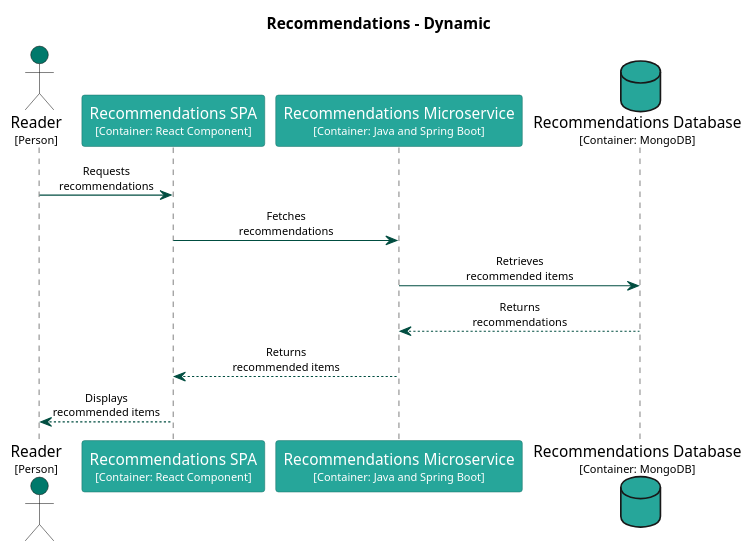
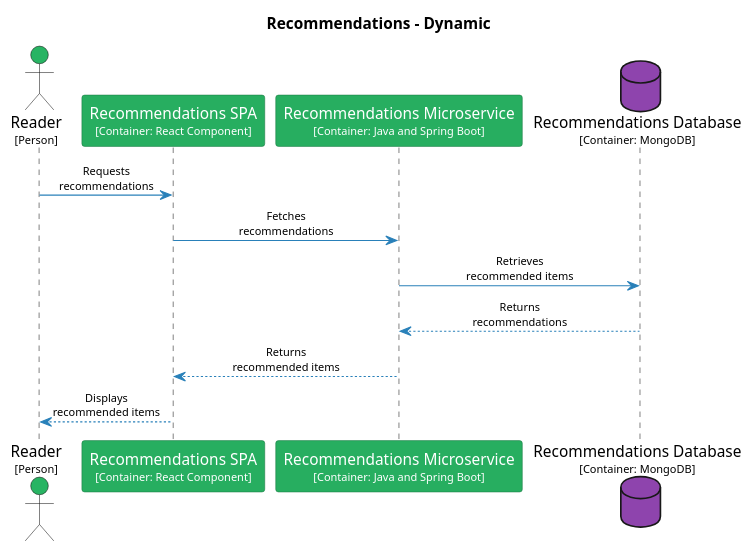
One commit to Goodmorning918/E-Library-Architecture changed the diagram in main/puml/present-recommended-products.puml. Above: the diagram before and after it, drawn with PlantUML. The commit also changed 169 other files, not shown here.

Commit message:
Deploying to gh-pages from @ Goodmorning918/E-Library-Architecture@5575a2e2585bacf25a31136d9ee4edd99183c80b 🚀

```diff
--- a/main/puml/present-recommended-products.puml
+++ b/main/puml/present-recommended-products.puml
@@ -1,49 +1,49 @@
 @startuml
 set separator none
 title Recommendations - Dynamic
 
 skinparam {
   arrowFontSize 10
   defaultTextAlignment center
   wrapWidth 200
   maxMessageSize 100
 }
 
 hide stereotype
 
 skinparam sequenceParticipant<<Reader>> {
-  BackgroundColor #00796b
+  BackgroundColor #28b463
   FontColor #ffffff
-  BorderColor #00544a
+  BorderColor #1c7d45
   shadowing false
 }
 skinparam sequenceParticipant<<Recommendations.RecommendationsDatabase>> {
-  BackgroundColor #26a69a
+  BackgroundColor #8e44ad
   FontColor #ffffff
-  BorderColor #1a746b
+  BorderColor #632f79
   shadowing false
 }
 skinparam sequenceParticipant<<Recommendations.RecommendationsMicroservice>> {
-  BackgroundColor #26a69a
+  BackgroundColor #27ae60
   FontColor #ffffff
-  BorderColor #1a746b
+  BorderColor #1b7943
   shadowing false
 }
 skinparam sequenceParticipant<<Recommendations.RecommendationsSPA>> {
-  BackgroundColor #26a69a
+  BackgroundColor #27ae60
   FontColor #ffffff
-  BorderColor #1a746b
+  BorderColor #1b7943
   shadowing false
 }
 
-actor "Reader\n<size:10>[Person]</size>" as Reader <<Reader>> #00796b
-participant "Recommendations SPA\n<size:10>[Container: React Component]</size>" as Recommendations.RecommendationsSPA <<Recommendations.RecommendationsSPA>> #26a69a
-participant "Recommendations Microservice\n<size:10>[Container: Java and Spring Boot]</size>" as Recommendations.RecommendationsMicroservice <<Recommendations.RecommendationsMicroservice>> #26a69a
-database "Recommendations Database\n<size:10>[Container: MongoDB]</size>" as Recommendations.RecommendationsDatabase <<Recommendations.RecommendationsDatabase>> #26a69a
-Reader -[#004d40]> Recommendations.RecommendationsSPA : Requests recommendations
-Recommendations.RecommendationsSPA -[#004d40]> Recommendations.RecommendationsMicroservice : Fetches recommendations
-Recommendations.RecommendationsMicroservice -[#004d40]> Recommendations.RecommendationsDatabase : Retrieves recommended items
-Recommendations.RecommendationsMicroservice <-[#004d40]- Recommendations.RecommendationsDatabase : Returns recommendations
-Recommendations.RecommendationsSPA <-[#004d40]- Recommendations.RecommendationsMicroservice : Returns recommended items
-Reader <-[#004d40]- Recommendations.RecommendationsSPA : Displays recommended items
+actor "Reader\n<size:10>[Person]</size>" as Reader <<Reader>> #28b463
+participant "Recommendations SPA\n<size:10>[Container: React Component]</size>" as Recommendations.RecommendationsSPA <<Recommendations.RecommendationsSPA>> #27ae60
+participant "Recommendations Microservice\n<size:10>[Container: Java and Spring Boot]</size>" as Recommendations.RecommendationsMicroservice <<Recommendations.RecommendationsMicroservice>> #27ae60
+database "Recommendations Database\n<size:10>[Container: MongoDB]</size>" as Recommendations.RecommendationsDatabase <<Recommendations.RecommendationsDatabase>> #8e44ad
+Reader -[#2980b9]> Recommendations.RecommendationsSPA : Requests recommendations
+Recommendations.RecommendationsSPA -[#2980b9]> Recommendations.RecommendationsMicroservice : Fetches recommendations
+Recommendations.RecommendationsMicroservice -[#2980b9]> Recommendations.RecommendationsDatabase : Retrieves recommended items
+Recommendations.RecommendationsMicroservice <-[#2980b9]- Recommendations.RecommendationsDatabase : Returns recommendations
+Recommendations.RecommendationsSPA <-[#2980b9]- Recommendations.RecommendationsMicroservice : Returns recommended items
+Reader <-[#2980b9]- Recommendations.RecommendationsSPA : Displays recommended items
 @enduml
```
